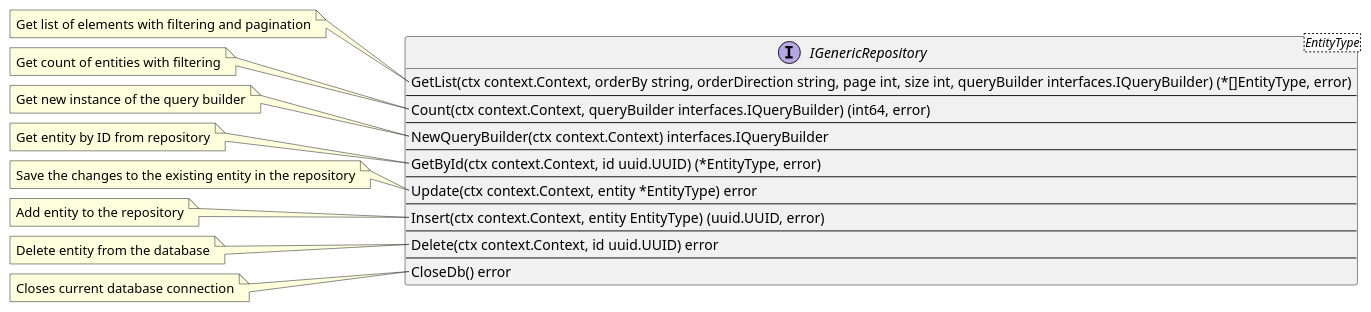
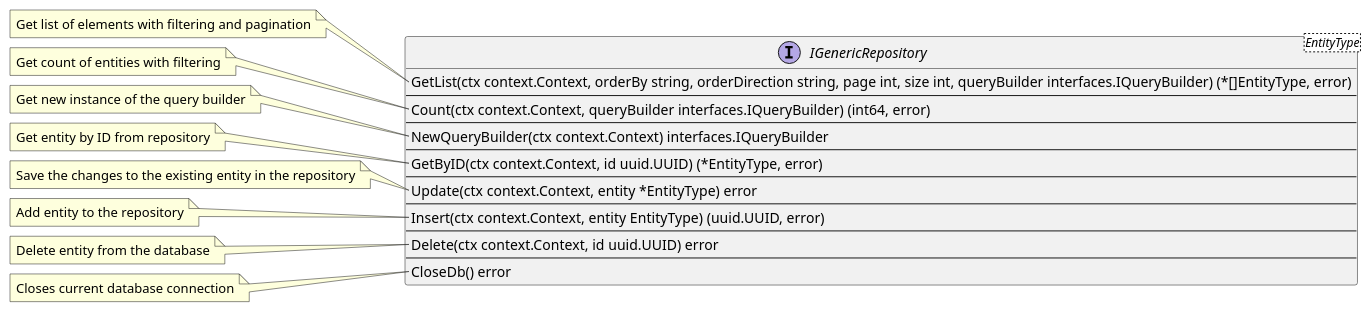
Before and after one commit to lf-edge/rol: the diagram in docs/plantuml/interfaces/IGenericRepository.puml, drawn with PlantUML. The commit also changed 5 other files, not shown here.

```diff
--- a/docs/plantuml/interfaces/IGenericRepository.puml
+++ b/docs/plantuml/interfaces/IGenericRepository.puml
@@ -1,43 +1,43 @@
 @startuml IGenericRepository
 interface IGenericRepository<EntityType> {
     GetList(ctx context.Context, orderBy string, orderDirection string, page int, size int, queryBuilder interfaces.IQueryBuilder) (*[]EntityType, error)
     --
     Count(ctx context.Context, queryBuilder interfaces.IQueryBuilder) (int64, error)
     --
     NewQueryBuilder(ctx context.Context) interfaces.IQueryBuilder
     --
-    GetById(ctx context.Context, id uuid.UUID) (*EntityType, error)
+    GetByID(ctx context.Context, id uuid.UUID) (*EntityType, error)
     --
     Update(ctx context.Context, entity *EntityType) error
     --
     Insert(ctx context.Context, entity EntityType) (uuid.UUID, error)
     --
     Delete(ctx context.Context, id uuid.UUID) error
     --
     CloseDb() error
 }
 note left of IGenericRepository::GetList
   Get list of elements with filtering and pagination
 end note
 note left of IGenericRepository::Count
   Get count of entities with filtering
 end note
 note left of IGenericRepository::NewQueryBuilder
   Get new instance of the query builder
 end note
-note left of IGenericRepository::GetById
+note left of IGenericRepository::GetByID
   Get entity by ID from repository
 end note
 note left of IGenericRepository::Update
   Save the changes to the existing entity in the repository
 end note
 note left of IGenericRepository::Insert
   Add entity to the repository
 end note
 note left of IGenericRepository::Delete
   Delete entity from the database
 end note
 note left of IGenericRepository::CloseDb
   Closes current database connection
 end note
 @enduml
```
